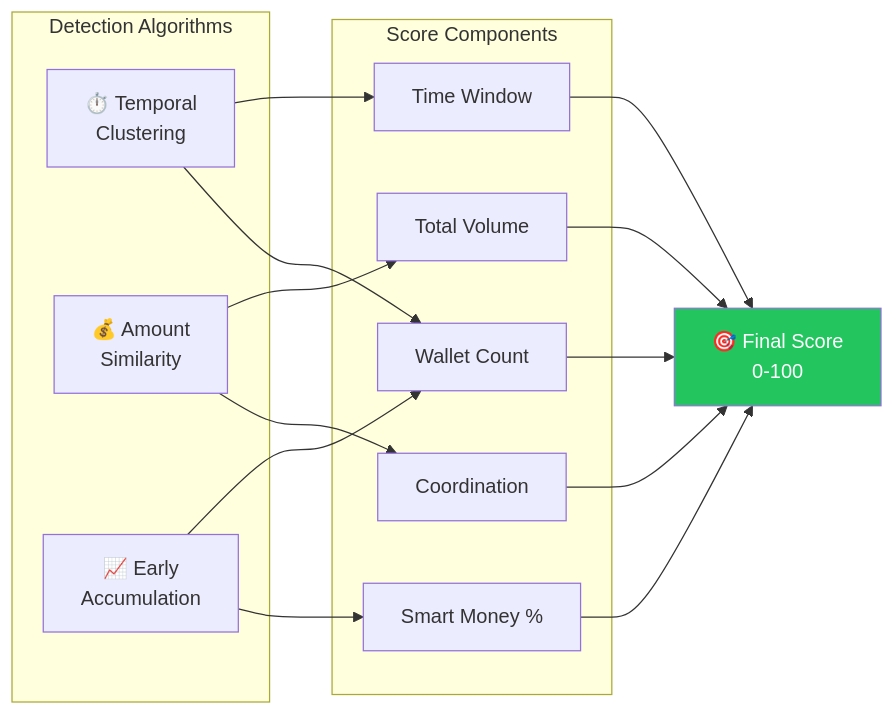
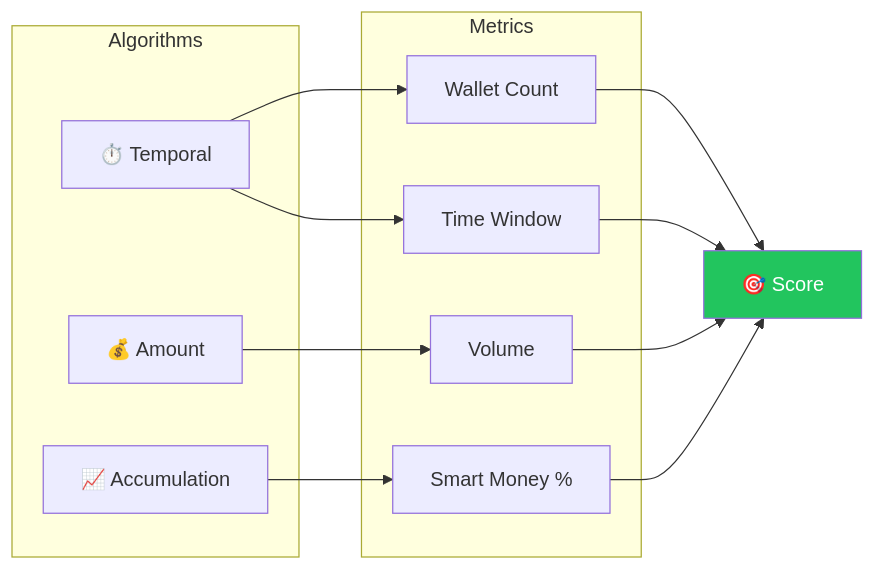
One commit to blablablasealsaresoft/pumpfun-intelligence changed the fifth of 15 diagrams in README.md. Above: the diagram before and after it, drawn with Mermaid. The commit also changed other lines of this file, not shown here.

````diff
--- a/README.md
+++ b/README.md
@@ -250,31 +235,27 @@
 ```mermaid
 graph LR
-    subgraph Algorithms["Detection Algorithms"]
-        A["⏱️ Temporal<br/>Clustering"]
-        B["💰 Amount<br/>Similarity"]
-        C["📈 Early<br/>Accumulation"]
+    subgraph Algorithms
+        A[⏱️ Temporal]
+        B[💰 Amount]
+        C[📈 Accumulation]
     end
 
-    subgraph Metrics["Score Components"]
-        D["Wallet Count"]
-        E["Smart Money %"]
-        F["Total Volume"]
-        G["Time Window"]
-        H["Coordination"]
+    subgraph Metrics
+        D[Wallet Count]
+        E[Smart Money %]
+        F[Volume]
+        G[Time Window]
     end
 
     A --> D
     A --> G
-    B --> H
     B --> F
     C --> E
-    C --> D
 
-    D --> I["🎯 Final Score<br/>0-100"]
-    E --> I
-    F --> I
-    G --> I
-    H --> I
+    D --> H[🎯 Score]
+    E --> H
+    F --> H
+    G --> H
 
-    style I fill:#22c55e,color:#fff
+    style H fill:#22c55e,color:#fff
 ```
````
